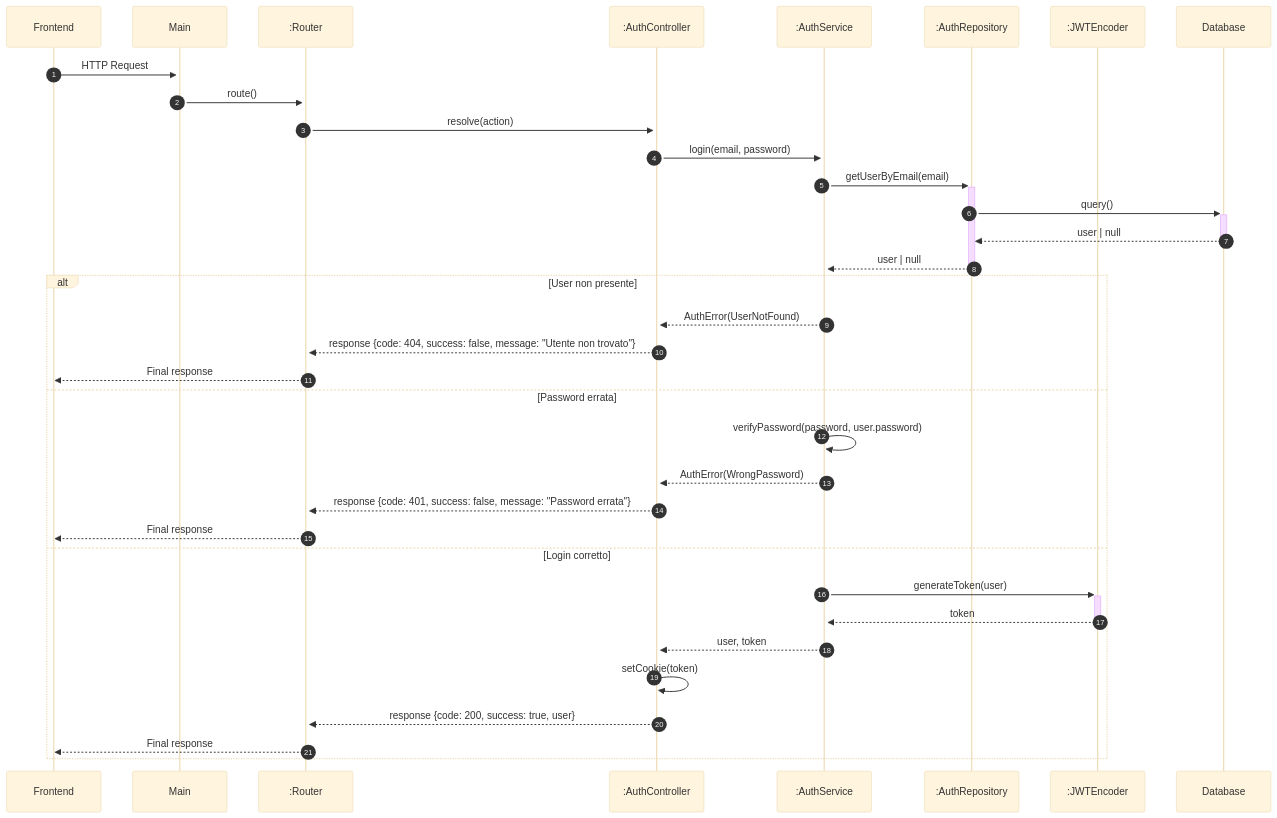
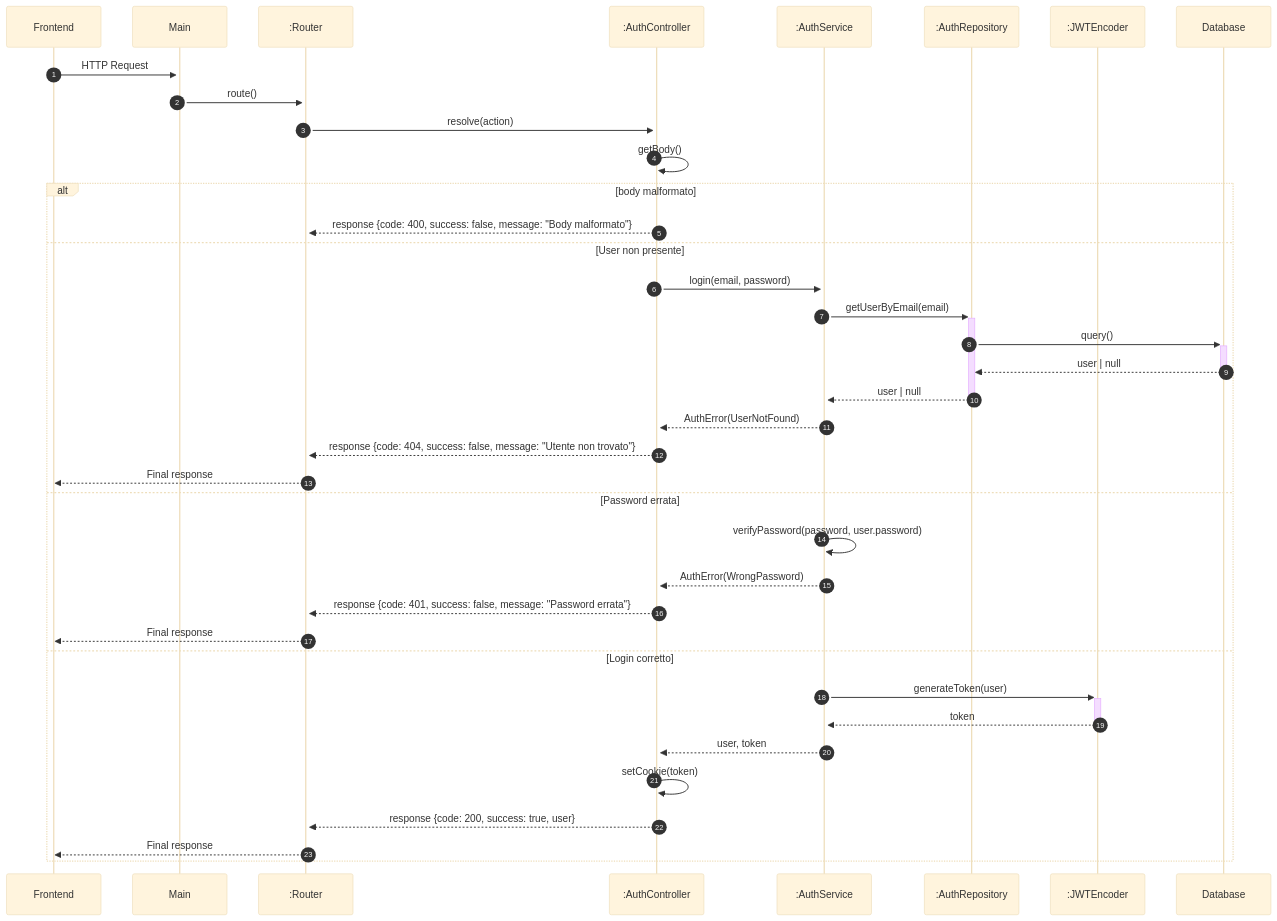
Before and after one commit to mb4dev/progetto-prova: the second of 4 diagrams in documentazione/diagrammi_sequenza/UC01.md, drawn with Mermaid (base theme). The commit also changed other lines of this file and 2 other files, not shown here.

````diff
--- a/documentazione/diagrammi_sequenza/UC01.md
+++ b/documentazione/diagrammi_sequenza/UC01.md
@@ -35,46 +36,45 @@
 ``` mermaid 
 sequenceDiagram
     autonumber
 
     participant frontend as Frontend
     participant main as Main
     participant router as :Router
     participant controller as :AuthController
     participant service as :AuthService
     participant repository as :AuthRepository
     participant generator as :JWTEncoder
     participant db as Database
 
     frontend ->>+ main: HTTP Request
     main ->>+ router: route()
     router ->>+ controller: resolve(action)
-
-    controller ->>+ service: login(email, password)
-
-    service ->>+ repository: getUserByEmail(email)
-    repository ->>+ db: query()
-    db -->>- repository: user | null
-    repository -->>- service: user | null
-
-    alt User non presente
+    controller ->> controller: getBody() 
+    alt body malformato 
+        controller -->> router : response {code: 400, success: false, message: "Body malformato"}
+    else User non presente
+        controller ->>+ service: login(email, password)
+        service ->>+ repository: getUserByEmail(email)
+        repository ->>+ db: query()
+        db -->>- repository: user | null
+        repository -->>- service: user | null
         service -->> controller: AuthError(UserNotFound)
         controller -->> router: response {code: 404, success: false, message: "Utente non trovato"}
         router -->> frontend: Final response
 
     else Password errata
         service ->> service: verifyPassword(password, user.password)
         service -->> controller: AuthError(WrongPassword)
         controller -->> router: response {code: 401, success: false, message: "Password errata"}
         router -->> frontend: Final response
 
     else Login corretto
         service ->>+ generator: generateToken(user)
         generator -->>- service: token
         service -->> controller: user, token
         controller ->> controller: setCookie(token)
         controller -->> router: response {code: 200, success: true, user}
         router -->> frontend: Final response
     end
 
-
 ```
````
